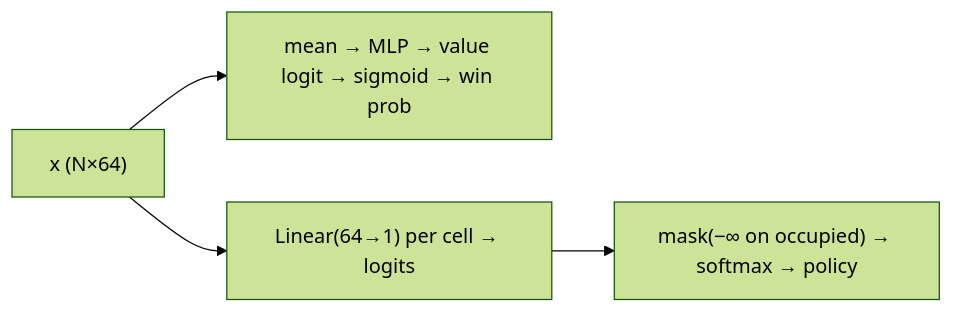
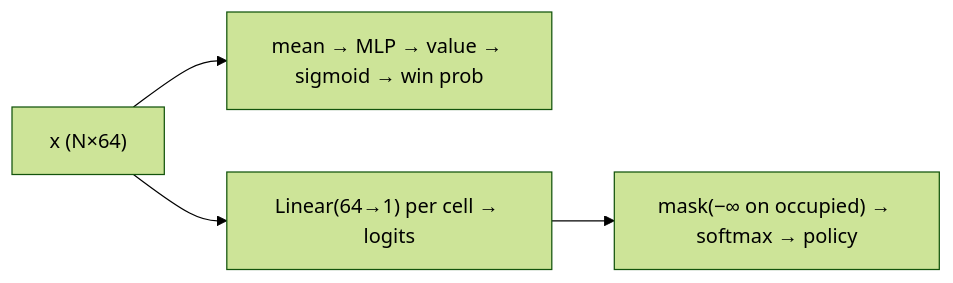
One commit to darkslayer-ns/3d-tiktactoe changed the seventh of 12 diagrams in README.md. Above: the diagram before and after it, drawn with Mermaid (forest theme). The commit also changed other lines of this file, not shown here.

First line of the commit message:
docs: compact mermaid labels + Go-solver dataset generation

````diff
--- a/README.md
+++ b/README.md
@@ -300,6 +327,6 @@
 ```mermaid
 flowchart LR
-    X["x (N×64)"] --> M["mean → MLP → value logit → sigmoid → win prob"]
+    X["x (N×64)"] --> M["mean → MLP → value → sigmoid → win prob"]
     X --> P["Linear(64→1) per cell → logits"]
     P --> MS["mask(−∞ on occupied) → softmax → policy"]
 ```
````
